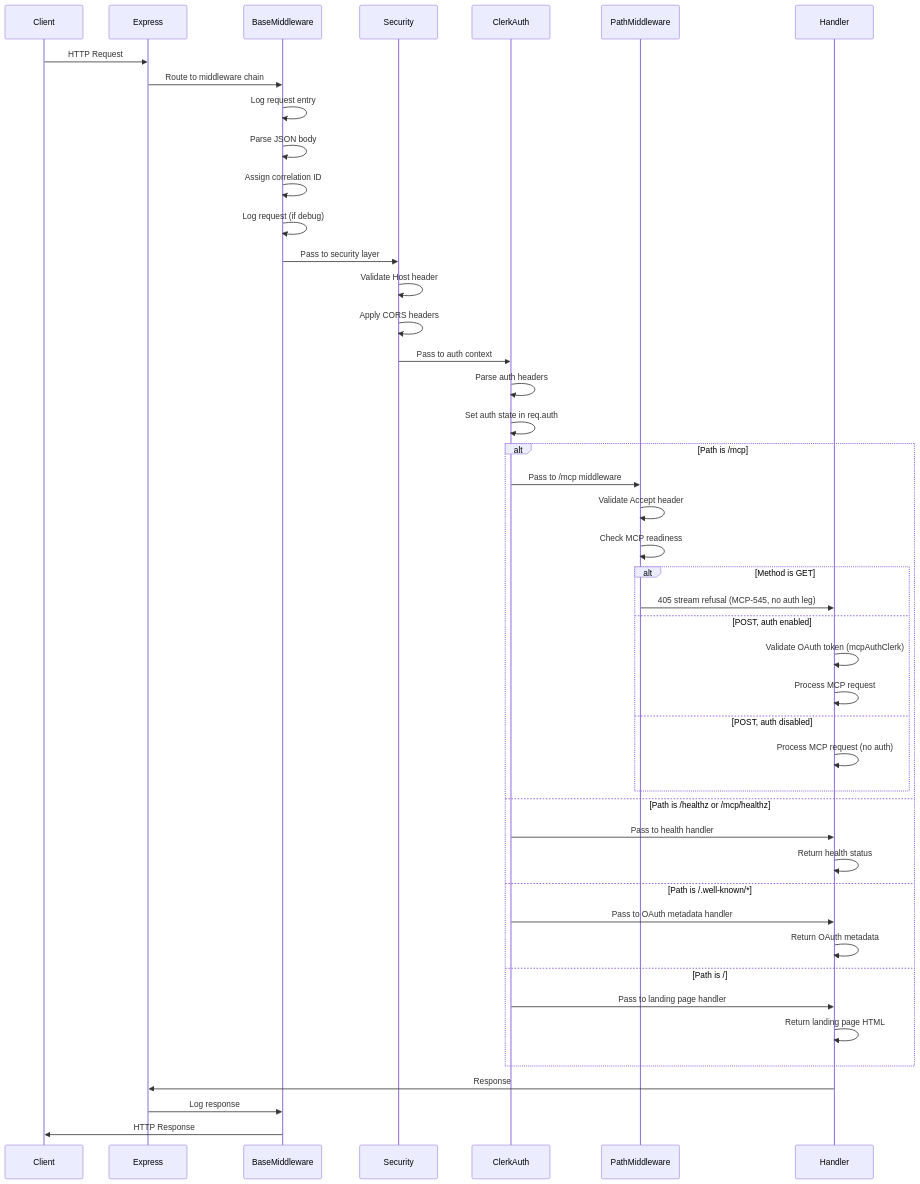
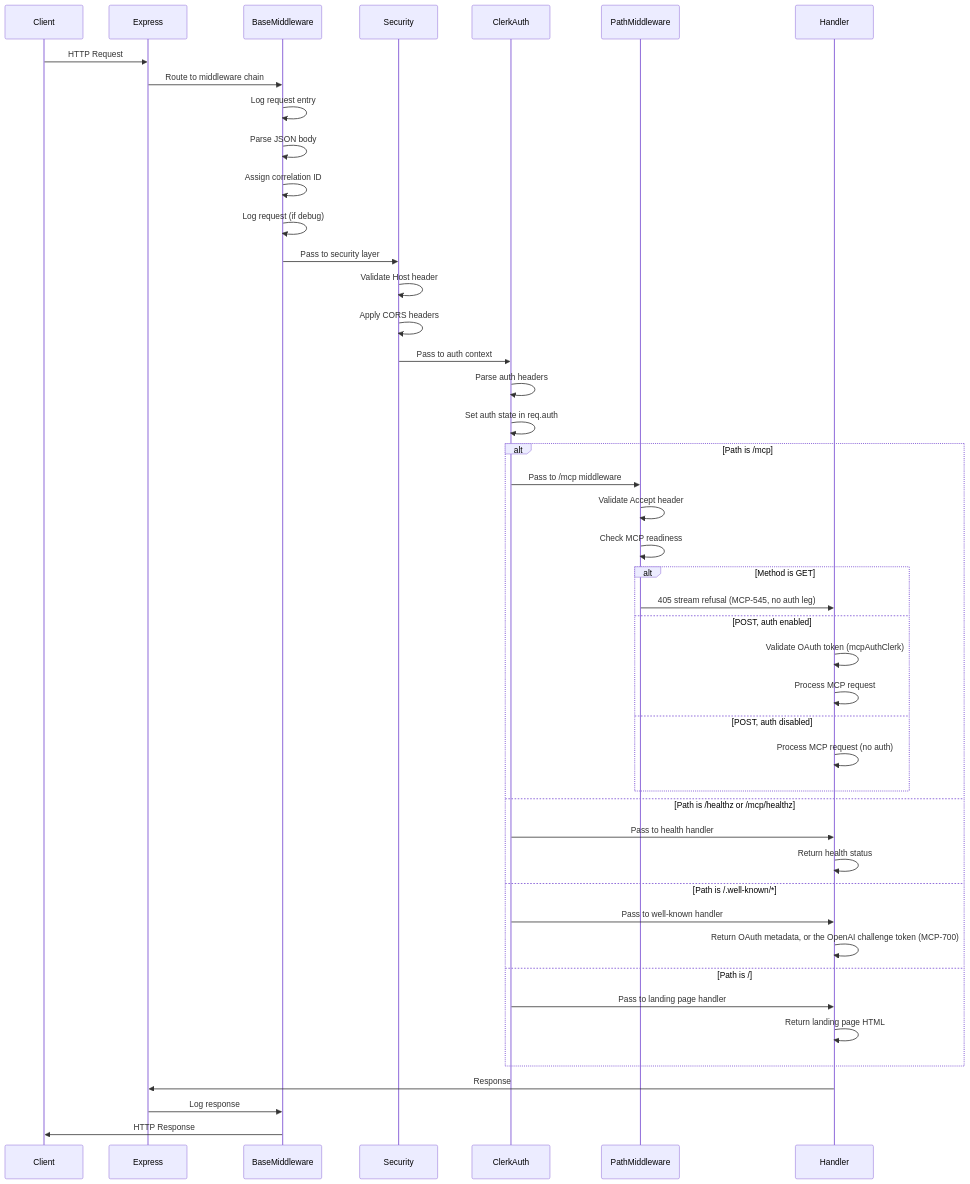
The first of 2 diagrams in apps/oak-curriculum-mcp-streamable-http/docs/middleware-chain.md (EngraphCode/open-curriculum-ecosystem), drawn with Mermaid before and after one commit. The commit also changed 2 other files, not shown here.

Commit message:
chore(security): allowlist the public OpenAI challenge token for gitleaks
The pre-push secret scan flags the domain-verification token constant
(generic-api-key, entropy 4.8) although the value is public by design:
the OpenAI portal fetches it from the MCP host and compares it, and
holding it grants nothing. Add a named allowlist pinned to the one
module, the one constant-assignment line and the literal value, so
nothing else on that path is exempt and a rotated token must move the
allowlist in the same change.

True the middleware-chain diagram, which said every .well-known path
is an OAuth metadata handler, and record the lesson on the napkin: a
public-by-design vendor token needs its allowlist in the same PR, or
the push fails after the commit gate has already passed.

References MCP-700

````diff
--- a/apps/oak-curriculum-mcp-streamable-http/docs/middleware-chain.md
+++ b/apps/oak-curriculum-mcp-streamable-http/docs/middleware-chain.md
@@ -67,53 +67,53 @@
 ```mermaid
 sequenceDiagram
     participant Client
     participant Express
     participant BaseMiddleware
     participant Security
     participant ClerkAuth
     participant PathMiddleware
     participant Handler
 
     Client->>Express: HTTP Request
     Express->>BaseMiddleware: Route to middleware chain
     BaseMiddleware->>BaseMiddleware: Log request entry
     BaseMiddleware->>BaseMiddleware: Parse JSON body
     BaseMiddleware->>BaseMiddleware: Assign correlation ID
     BaseMiddleware->>BaseMiddleware: Log request (if debug)
 
     BaseMiddleware->>Security: Pass to security layer
     Security->>Security: Validate Host header
     Security->>Security: Apply CORS headers
 
     Security->>ClerkAuth: Pass to auth context
     ClerkAuth->>ClerkAuth: Parse auth headers
     ClerkAuth->>ClerkAuth: Set auth state in req.auth
 
     alt Path is /mcp
         ClerkAuth->>PathMiddleware: Pass to /mcp middleware
         PathMiddleware->>PathMiddleware: Validate Accept header
         PathMiddleware->>PathMiddleware: Check MCP readiness
 
         alt Method is GET
             PathMiddleware->>Handler: 405 stream refusal (MCP-545, no auth leg)
         else POST, auth enabled
             Handler->>Handler: Validate OAuth token (mcpAuthClerk)
             Handler->>Handler: Process MCP request
         else POST, auth disabled
             Handler->>Handler: Process MCP request (no auth)
         end
     else Path is /healthz or /mcp/healthz
         ClerkAuth->>Handler: Pass to health handler
         Handler->>Handler: Return health status
     else Path is /.well-known/*
-        ClerkAuth->>Handler: Pass to OAuth metadata handler
-        Handler->>Handler: Return OAuth metadata
+        ClerkAuth->>Handler: Pass to well-known handler
+        Handler->>Handler: Return OAuth metadata, or the OpenAI challenge token (MCP-700)
     else Path is /
         ClerkAuth->>Handler: Pass to landing page handler
         Handler->>Handler: Return landing page HTML
     end
 
     Handler->>Express: Response
     Express->>BaseMiddleware: Log response
     BaseMiddleware->>Client: HTTP Response
 ```
````
